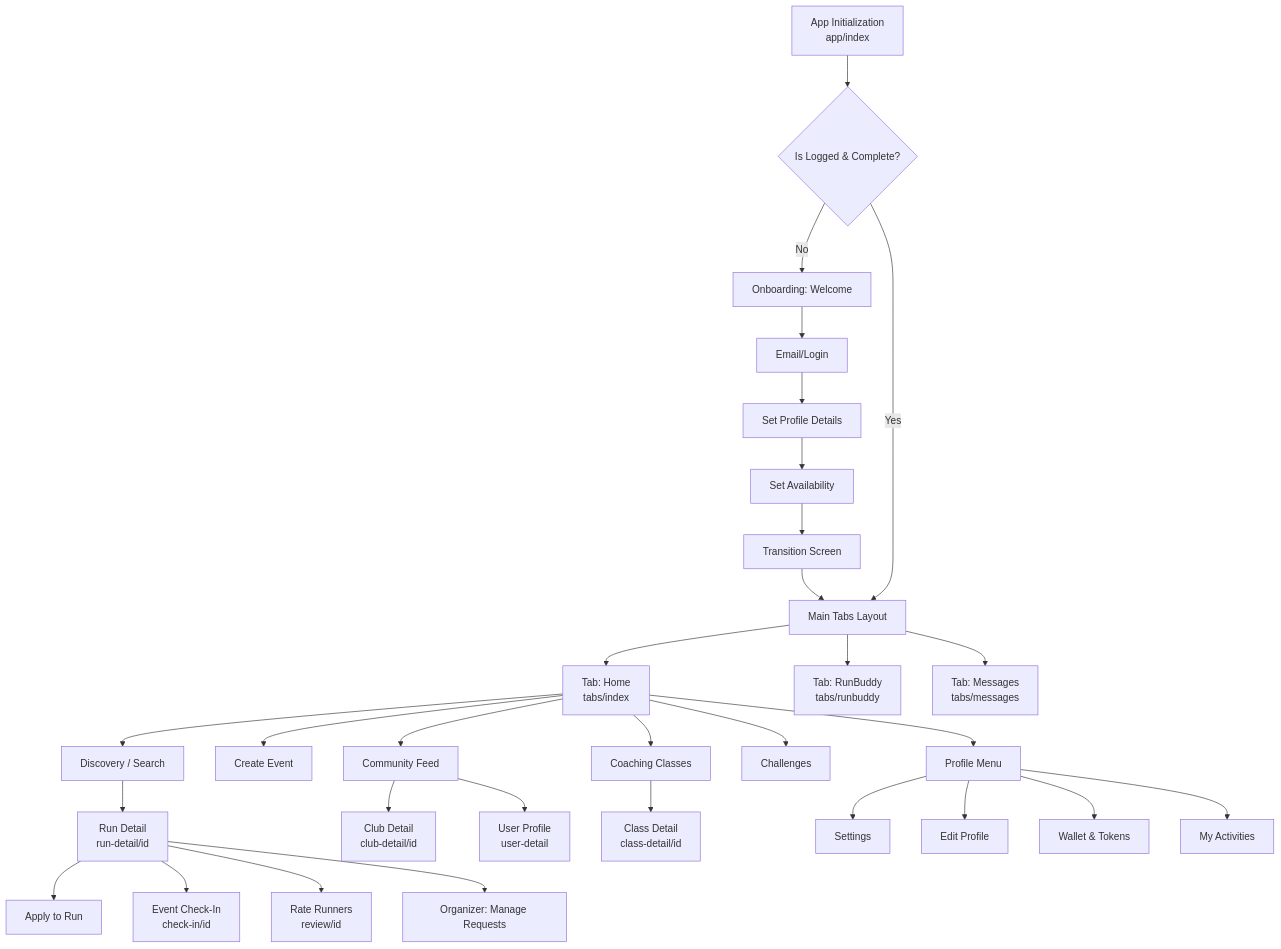
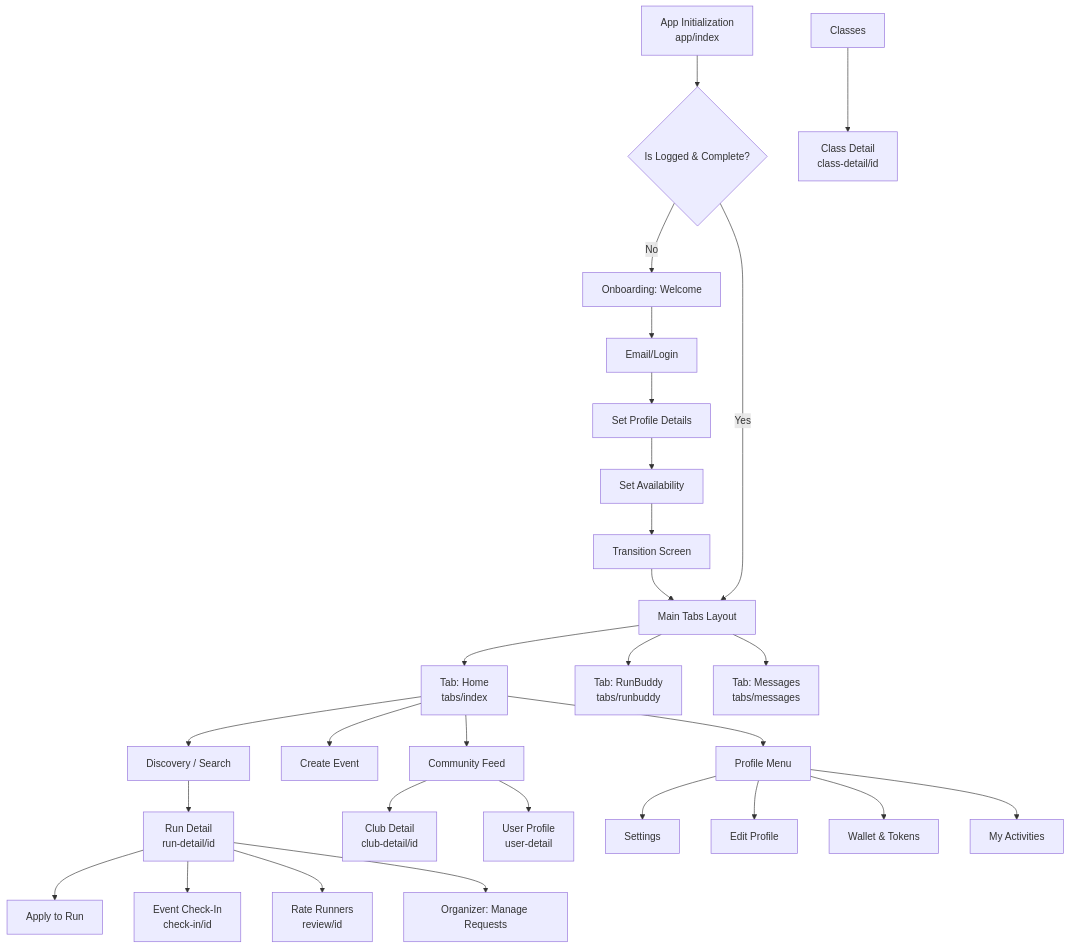
The first of 4 diagrams in Flows.md (iloppini-max/LoccoLight), drawn with Mermaid before and after one commit. The commit also changed other lines of this file, not shown here.

Commit message:
LFE: Update Flows.md

````diff
--- a/Flows.md
+++ b/Flows.md
@@ -9,46 +9,44 @@
 ```mermaid
 graph TD
     %% Entry Point
     Entry[App Initialization \n app/index] --> AuthCheck{Is Logged & Complete?}
 
     %% Onboarding Flow
     AuthCheck -->|No| OB_Welcome[Onboarding: Welcome]
     OB_Welcome --> OB_Auth[Email/Login]
     OB_Auth --> OB_Profile[Set Profile Details]
     OB_Profile --> OB_Avail[Set Availability]
     OB_Avail --> OB_Trans[Transition Screen]
     OB_Trans --> MainTabs
 
     %% Main App (Tabs)
     AuthCheck -->|Yes| MainTabs[Main Tabs Layout]
     
     MainTabs --> Tab_Home[Tab: Home \n tabs/index]
     MainTabs --> Tab_RunBuddy[Tab: RunBuddy \n tabs/runbuddy]
     MainTabs --> Tab_Messages[Tab: Messages \n tabs/messages]
 
     %% Home Branches
     Tab_Home --> Discovery[Discovery / Search]
     Tab_Home --> Create[Create Event]
     Tab_Home --> Community[Community Feed]
-    Tab_Home --> Classes[Coaching Classes]
-    Tab_Home --> Challenges[Challenges]
     Tab_Home --> ProfileNav[Profile Menu]
 
     %% Deep Links from Home
     Discovery --> RunDetail[Run Detail \n run-detail/id]
     Community --> ClubDetail[Club Detail \n club-detail/id]
     Community --> UserDetail[User Profile \n user-detail]
     Classes --> ClassDetail[Class Detail \n class-detail/id]
 
     %% Profile Branches
     ProfileNav --> ProfileSettings[Settings]
     ProfileNav --> ProfileEdit[Edit Profile]
     ProfileNav --> Wallet[Wallet & Tokens]
     ProfileNav --> Activities[My Activities]
     
     %% Run Interactions Actions
     RunDetail --> Application[Apply to Run]
     RunDetail --> CheckIn[Event Check-In \n check-in/id]
     RunDetail --> Review[Rate Runners \n review/id]
     RunDetail --> MemberRequests[Organizer: Manage Requests]
 ```
````
